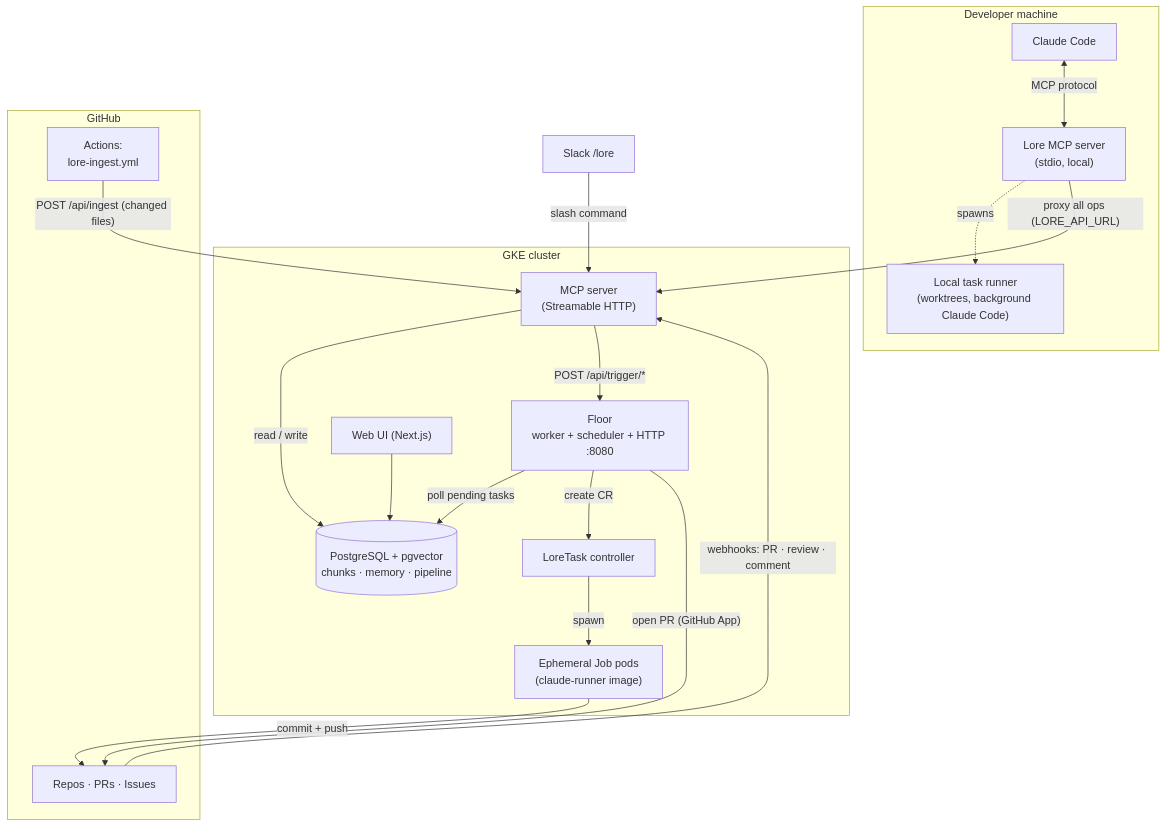
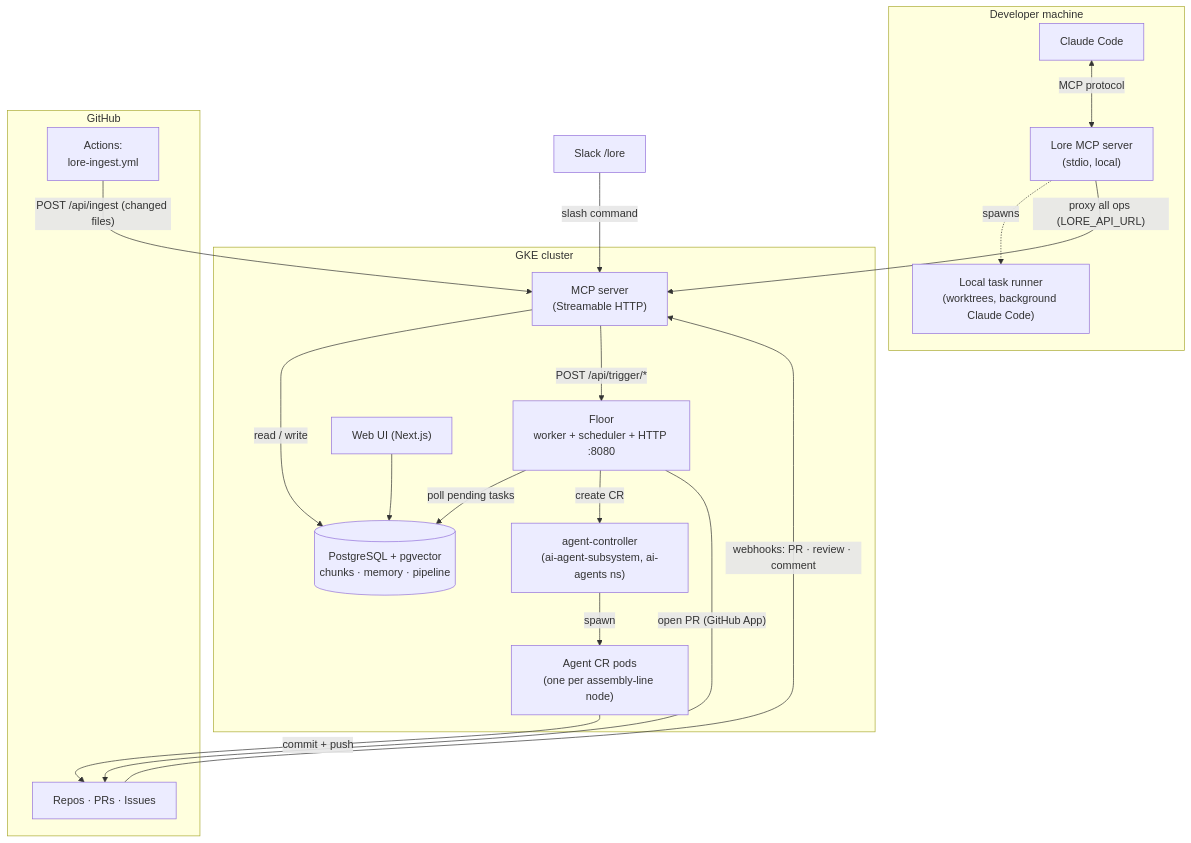
One commit to re-cinq/lore changed the first of 3 diagrams in docs/building-lore/architecture.md. Above: the diagram before and after it, drawn with Mermaid. The commit also changed other lines of this file and 8 other files, not shown here.

````diff
--- a/docs/building-lore/architecture.md
+++ b/docs/building-lore/architecture.md
@@ -15,39 +15,39 @@
 ```mermaid
 flowchart TB
     subgraph local["Developer machine"]
         CC["Claude Code"]
         MCPL["Lore MCP server<br/>(stdio, local)"]
         LR["Local task runner<br/>(worktrees, background Claude Code)"]
         CC <-->|"MCP protocol"| MCPL
         MCPL -.->|"spawns"| LR
     end
 
     subgraph gke["GKE cluster"]
         MCP["MCP server<br/>(Streamable HTTP)"]
         AGENT["Floor<br/>worker + scheduler + HTTP :8080"]
-        CTRL["LoreTask controller"]
-        POD["Ephemeral Job pods<br/>(claude-runner image)"]
+        CTRL["agent-controller<br/>(ai-agent-subsystem, ai-agents ns)"]
+        POD["Agent CR pods<br/>(one per assembly-line node)"]
         UI["Web UI (Next.js)"]
         DB[("PostgreSQL + pgvector<br/>chunks · memory · pipeline")]
     end
 
     subgraph github["GitHub"]
         GH["Repos · PRs · Issues"]
         GHA["Actions:<br/>lore-ingest.yml"]
     end
 
     SLACK["Slack /lore"]
 
     MCPL -->|"proxy all ops (LORE_API_URL)"| MCP
     GHA -->|"POST /api/ingest (changed files)"| MCP
     GH -->|"webhooks: PR · review · comment"| MCP
     SLACK -->|"slash command"| MCP
     MCP -->|"read / write"| DB
     MCP -->|"POST /api/trigger/*"| AGENT
     UI --> DB
     AGENT -->|"poll pending tasks"| DB
     AGENT -->|"create CR"| CTRL
     CTRL -->|"spawn"| POD
     POD -->|"commit + push"| GH
     AGENT -->|"open PR (GitHub App)"| GH
 ```
````
